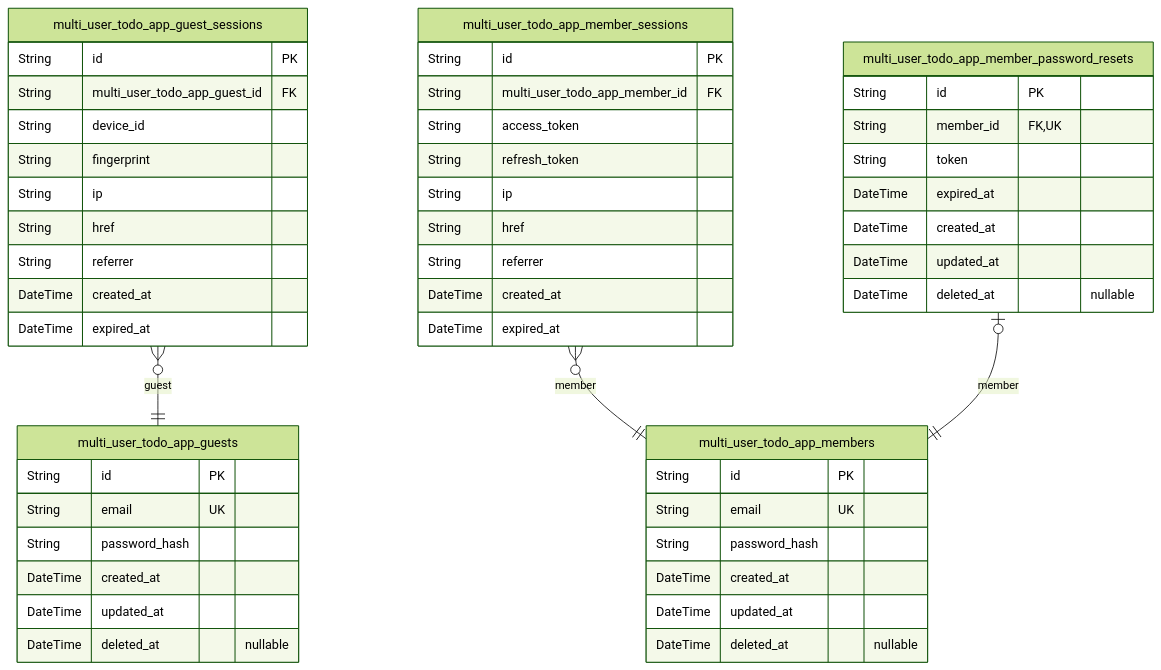
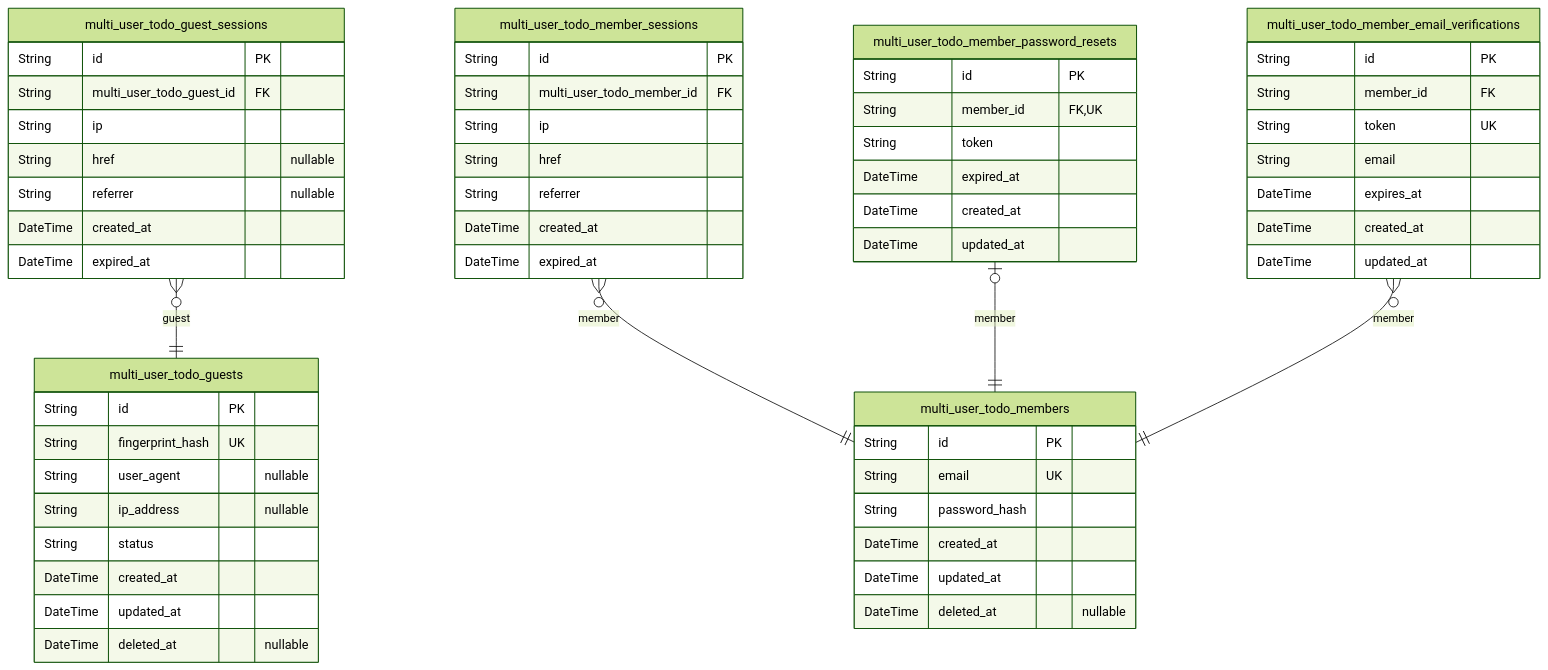
Before and after one commit to wrtnlabs/autobe-examples: the first of 2 diagrams in qwen/qwen3.5-35b-a3b/todo/docs/ERD.md, drawn with Mermaid (forest theme). The commit also changed other lines of this file and 32093 other files, not shown here.

````diff
--- a/qwen/qwen3.5-35b-a3b/todo/docs/ERD.md
+++ b/qwen/qwen3.5-35b-a3b/todo/docs/ERD.md
@@ -10,53 +10,60 @@
 ```mermaid
 erDiagram
-"multi_user_todo_app_guests" {
+"multi_user_todo_guests" {
+  String id PK
+  String fingerprint_hash UK
+  String user_agent "nullable"
+  String ip_address "nullable"
+  String status
+  DateTime created_at
+  DateTime updated_at
+  DateTime deleted_at "nullable"
+}
+"multi_user_todo_guest_sessions" {
+  String id PK
+  String multi_user_todo_guest_id FK
+  String ip
+  String href "nullable"
+  String referrer "nullable"
+  DateTime created_at
+  DateTime expired_at
+}
+"multi_user_todo_members" {
   String id PK
   String email UK
   String password_hash
   DateTime created_at
   DateTime updated_at
   DateTime deleted_at "nullable"
 }
-"multi_user_todo_app_guest_sessions" {
+"multi_user_todo_member_sessions" {
   String id PK
-  String multi_user_todo_app_guest_id FK
-  String device_id
-  String fingerprint
+  String multi_user_todo_member_id FK
   String ip
   String href
   String referrer
   DateTime created_at
   DateTime expired_at
 }
-"multi_user_todo_app_members" {
-  String id PK
-  String email UK
-  String password_hash
-  DateTime created_at
-  DateTime updated_at
-  DateTime deleted_at "nullable"
-}
-"multi_user_todo_app_member_sessions" {
-  String id PK
-  String multi_user_todo_app_member_id FK
-  String access_token
-  String refresh_token
-  String ip
-  String href
-  String referrer
-  DateTime created_at
-  DateTime expired_at
-}
-"multi_user_todo_app_member_password_resets" {
+"multi_user_todo_member_password_resets" {
   String id PK
   String member_id FK,UK
   String token
   DateTime expired_at
   DateTime created_at
   DateTime updated_at
-  DateTime deleted_at "nullable"
 }
-"multi_user_todo_app_guest_sessions" }o--|| "multi_user_todo_app_guests" : guest
-"multi_user_todo_app_member_sessions" }o--|| "multi_user_todo_app_members" : member
-"multi_user_todo_app_member_password_resets" |o--|| "multi_user_todo_app_members" : member
+"multi_user_todo_member_email_verifications" {
+  String id PK
+  String member_id FK
+  String token UK
+  String email
+  DateTime expires_at
+  DateTime created_at
+  DateTime updated_at
+}
+"multi_user_todo_guest_sessions" }o--|| "multi_user_todo_guests" : guest
+"multi_user_todo_member_sessions" }o--|| "multi_user_todo_members" : member
+"multi_user_todo_member_password_resets" |o--|| "multi_user_todo_members" : member
+"multi_user_todo_member_email_verifications" }o--|| "multi_user_todo_members" : member
 ```
````
